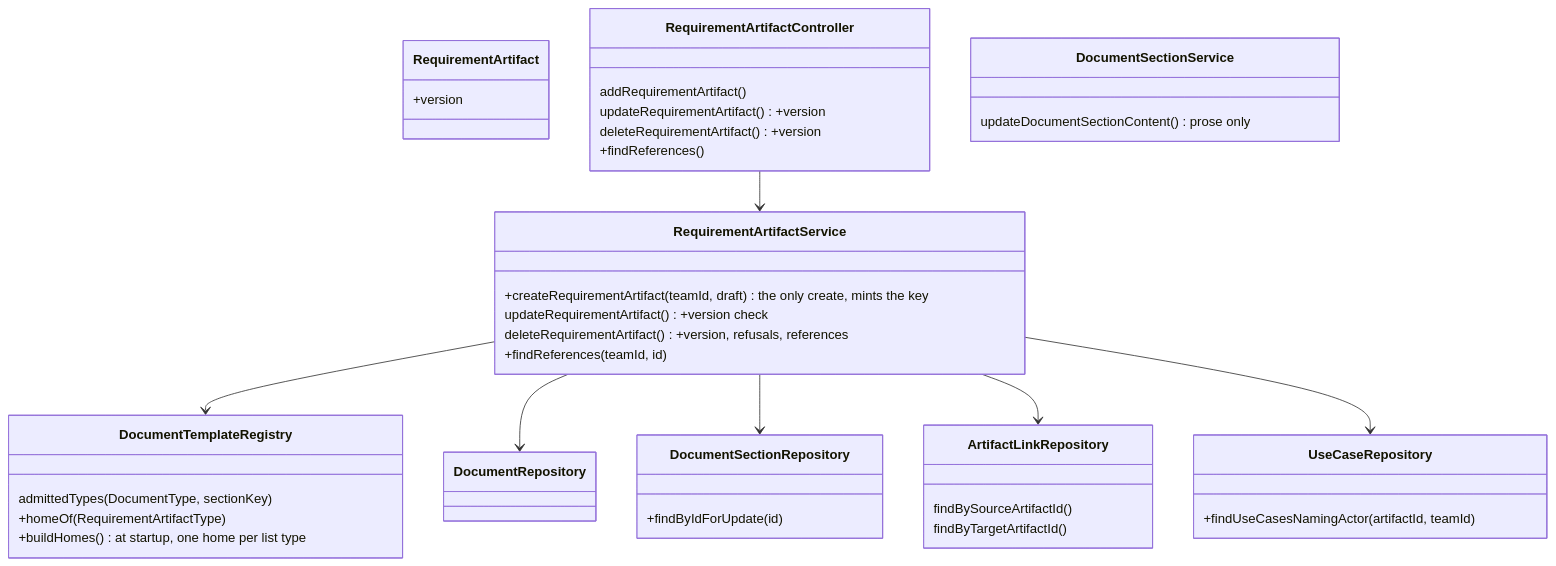
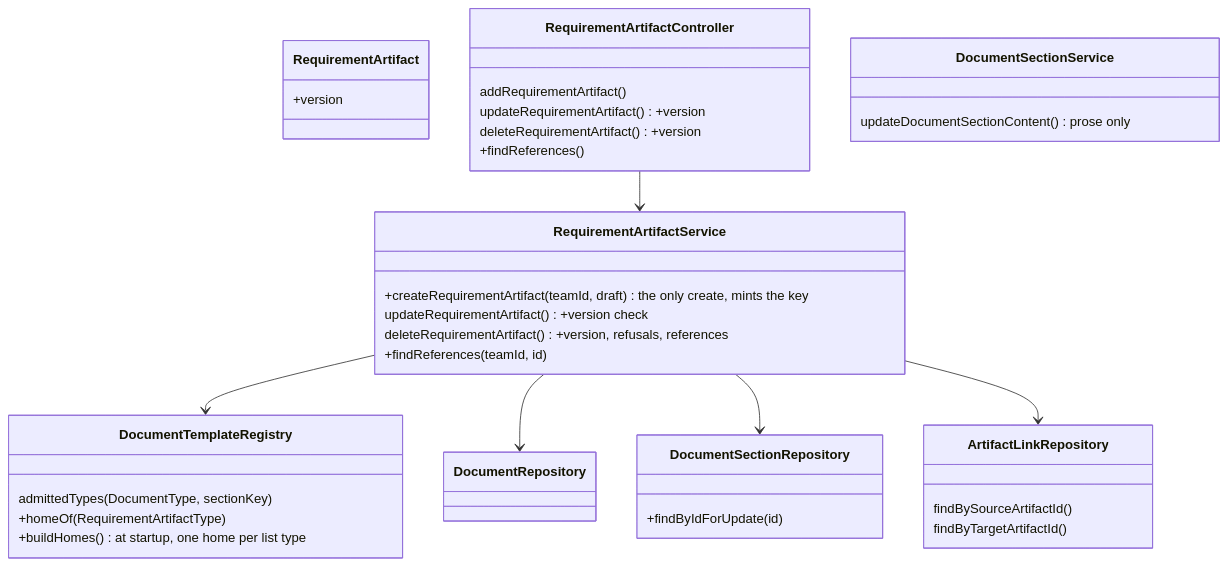
The first of 3 diagrams in docs/design/art.md (Washingtonwei/project-pulse), drawn with Mermaid before and after one commit. The commit also changed other lines of this file and 3 other files, not shown here.

First line of the commit message:
Design use case actors as artifact links

````diff
--- a/docs/design/art.md
+++ b/docs/design/art.md
@@ -27,42 +27,38 @@
 ```mermaid
 classDiagram
   class RequirementArtifact {
     +version
   }
   class DocumentTemplateRegistry {
     admittedTypes(DocumentType, sectionKey)
     +homeOf(RequirementArtifactType)
     +buildHomes() at startup, one home per list type
   }
   class DocumentSectionRepository {
     +findByIdForUpdate(id)
   }
   class RequirementArtifactController {
     addRequirementArtifact()
     updateRequirementArtifact() +version
     deleteRequirementArtifact() +version
     +findReferences()
   }
   class RequirementArtifactService {
     +createRequirementArtifact(teamId, draft) the only create, mints the key
     updateRequirementArtifact() +version check
     deleteRequirementArtifact() +version, refusals, references
     +findReferences(teamId, id)
   }
   class DocumentSectionService {
     updateDocumentSectionContent() prose only
   }
   class ArtifactLinkRepository {
     findBySourceArtifactId()
     findByTargetArtifactId()
   }
-  class UseCaseRepository {
-    +findUseCasesNamingActor(artifactId, teamId)
-  }
   RequirementArtifactController --> RequirementArtifactService
   RequirementArtifactService --> DocumentTemplateRegistry
   RequirementArtifactService --> DocumentRepository
   RequirementArtifactService --> DocumentSectionRepository
   RequirementArtifactService --> ArtifactLinkRepository
-  RequirementArtifactService --> UseCaseRepository
 ```
````
